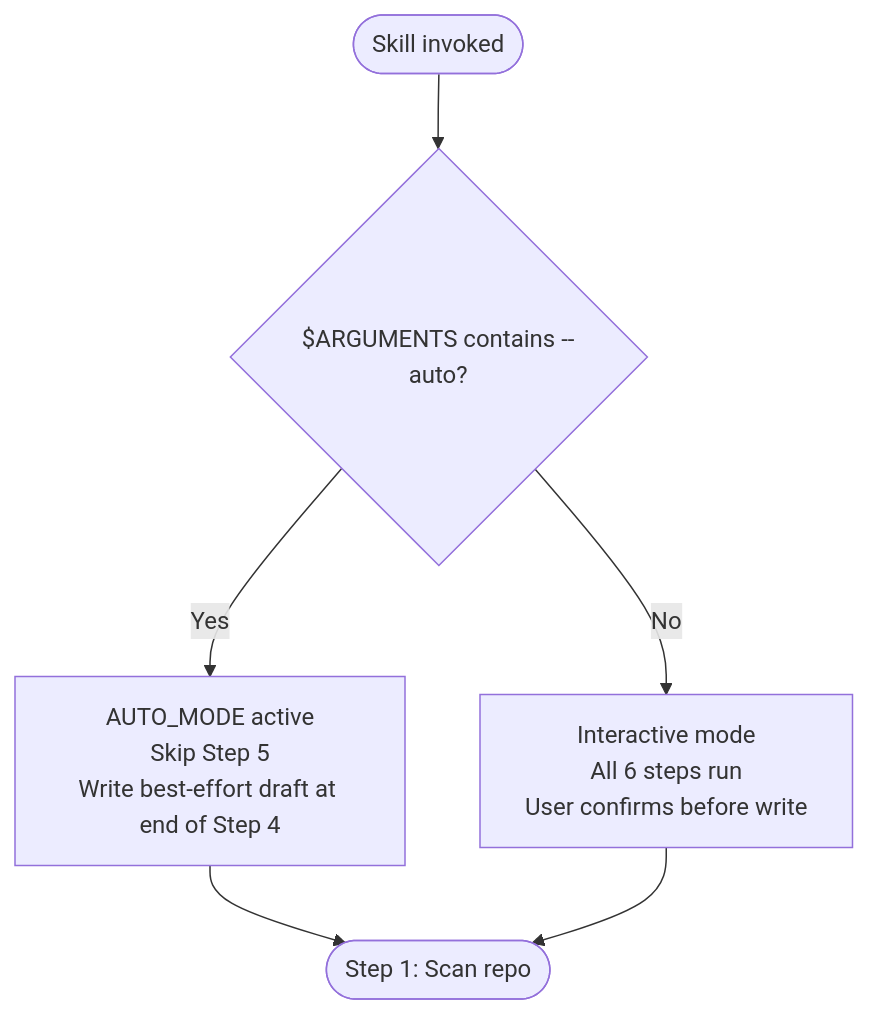
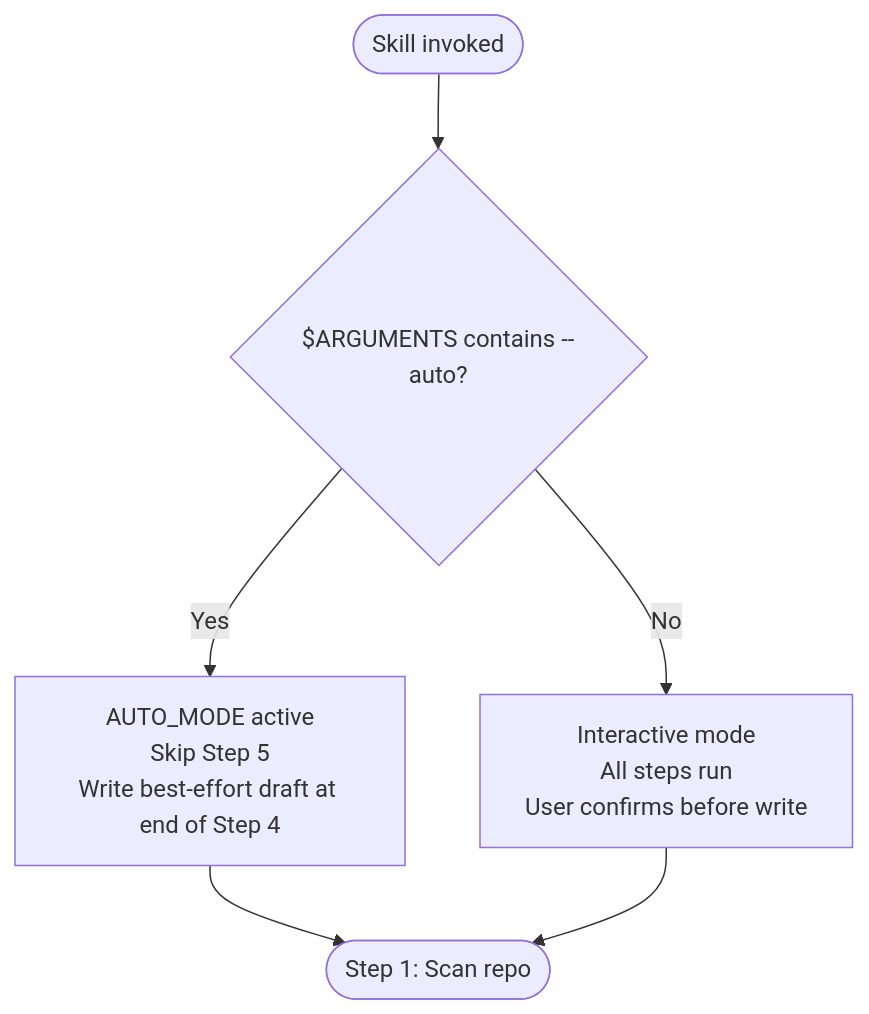
Before and after one commit to Jamie-BitFlight/claude_skills: the diagram in plugins/development-harness/skills/setup-skill-discovery/SKILL.md, drawn with Mermaid. The commit also changed other lines of this file and 101 other files, not shown here.

````diff
--- a/plugins/development-harness/skills/setup-skill-discovery/SKILL.md
+++ b/plugins/development-harness/skills/setup-skill-discovery/SKILL.md
@@ -43,9 +43,9 @@
 ```mermaid
 flowchart TD
     Start([Skill invoked]) --> ArgCheck{"$ARGUMENTS contains --auto?"}
     ArgCheck -->|Yes| AutoMode[AUTO_MODE active\nSkip Step 5\nWrite best-effort draft at end of Step 4]
-    ArgCheck -->|No| Interactive[Interactive mode\nAll 6 steps run\nUser confirms before write]
+    ArgCheck -->|No| Interactive[Interactive mode\nAll steps run\nUser confirms before write]
     AutoMode --> S1
     Interactive --> S1
     S1([Step 1: Scan repo])
 ```
````
